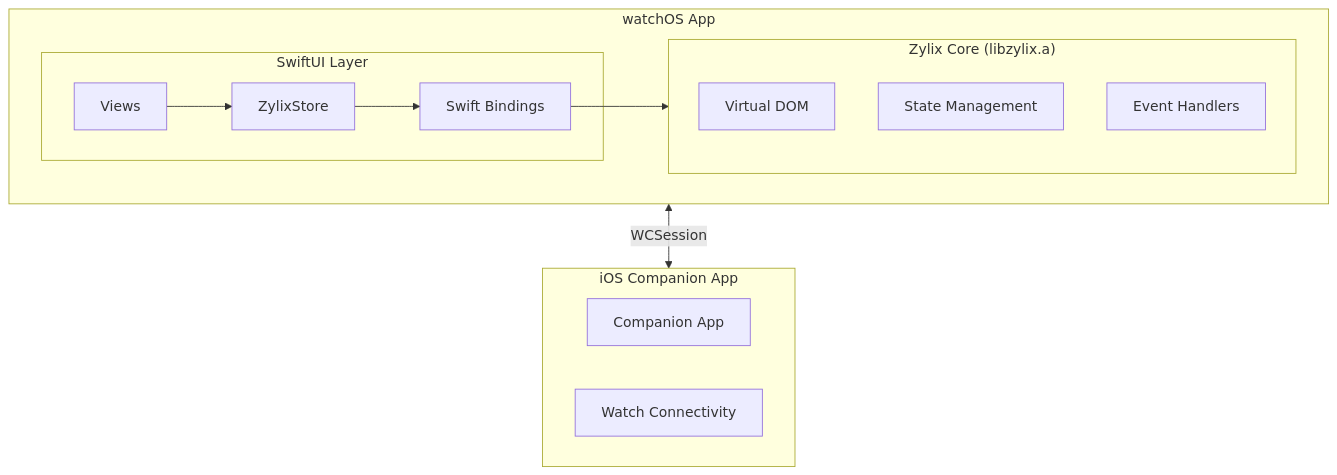
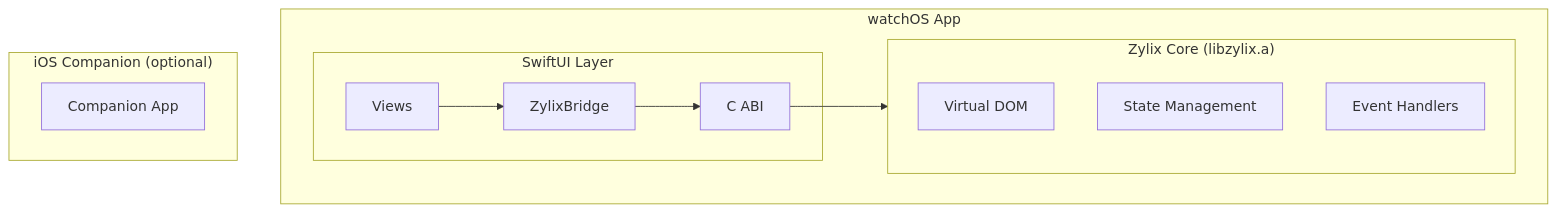
The diagram in site/content/docs/platforms/watchos.md (kotsutsumi/zylix), drawn with Mermaid before and after one commit. The commit also changed other lines of this file and 30 other files, not shown here.

````diff
--- a/site/content/docs/platforms/watchos.md
+++ b/site/content/docs/platforms/watchos.md
@@ -27,27 +29,24 @@
 ```mermaid
 flowchart TB
     subgraph Watch["watchOS App"]
         subgraph WatchSwift["SwiftUI Layer"]
             WatchViews["Views"]
-            WatchStore["ZylixStore"]
-            WatchBinding["Swift Bindings"]
+            WatchStore["ZylixBridge"]
+            WatchBinding["C ABI"]
         end
 
         subgraph WatchZig["Zylix Core (libzylix.a)"]
             WatchVDOM["Virtual DOM"]
             WatchState["State Management"]
             WatchEvents["Event Handlers"]
         end
 
         WatchViews --> WatchStore
         WatchStore --> WatchBinding
         WatchBinding --> WatchZig
     end
 
-    subgraph iOS["iOS Companion App"]
+    subgraph iOS["iOS Companion (optional)"]
         CompanionApp["Companion App"]
-        WatchConnectivity["Watch Connectivity"]
     end
-
-    Watch <--> |WCSession| iOS
 ```
````
